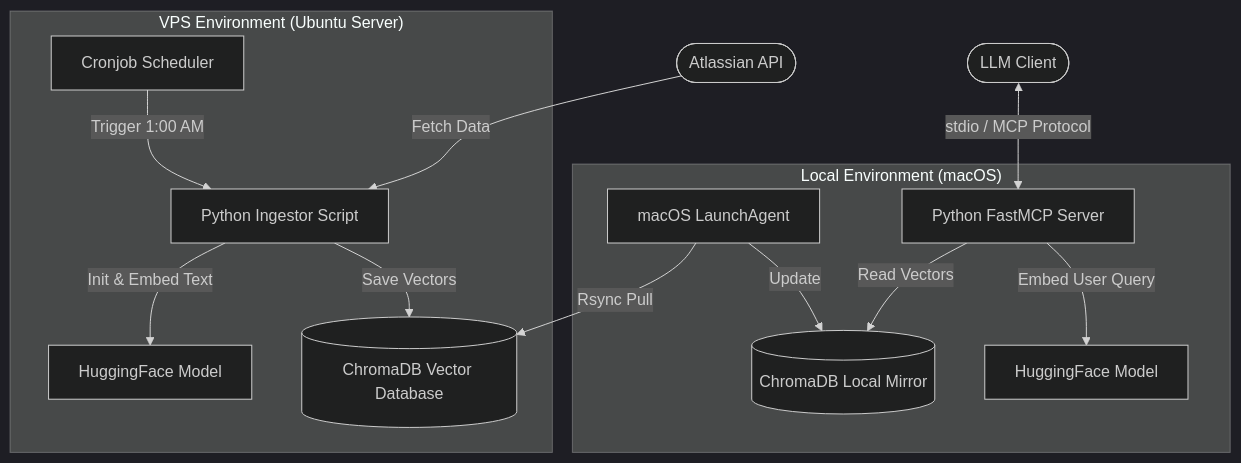
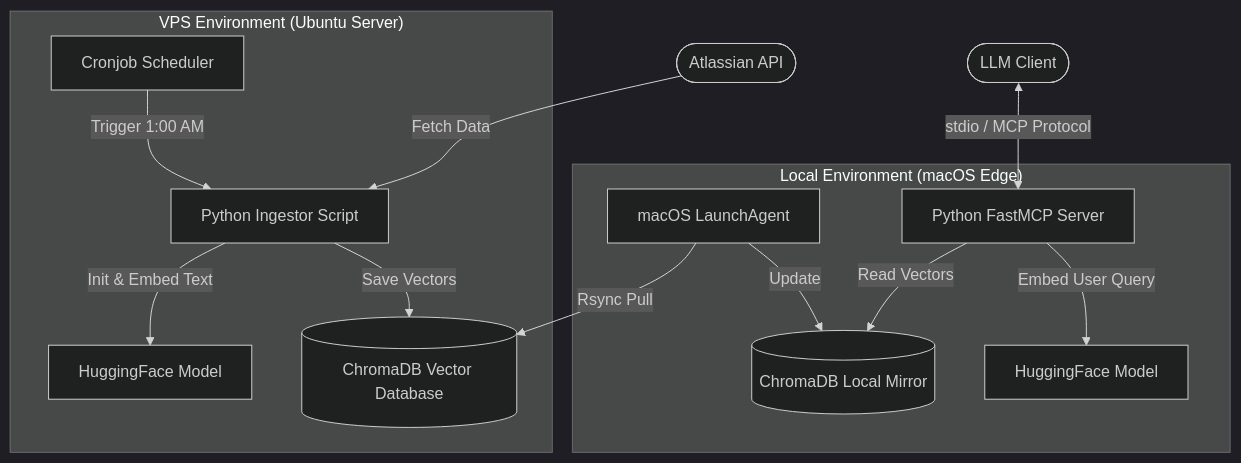
Before and after one commit to cachep-xidau/MCP-server: the second of 4 diagrams in README.md, drawn with Mermaid (dark theme). The commit also changed other lines of this file, not shown here.

````diff
--- a/README.md
+++ b/README.md
@@ -34,28 +37,28 @@
 ```mermaid
 graph TB
     subgraph "VPS Environment (Ubuntu Server)"
         Cron[Cronjob Scheduler]
         Ingestor[Python Ingestor Script]
         HF_Model_VPS[HuggingFace Model]
         DB_VPS[(ChromaDB Vector Database)]
         
         Cron -->|Trigger 1:00 AM| Ingestor
         Ingestor -->|Init & Embed Text| HF_Model_VPS
         Ingestor -->|Save Vectors| DB_VPS
     end
 
-    subgraph "Local Environment (macOS)"
+    subgraph "Local Environment (macOS Edge)"
         SyncAgent[macOS LaunchAgent]
         DB_Local[(ChromaDB Local Mirror)]
         MCP_Server[Python FastMCP Server]
         HF_Model_Local[HuggingFace Model]
         
         SyncAgent -->|Rsync Pull| DB_VPS
         SyncAgent -->|Update| DB_Local
         MCP_Server -->|Read Vectors| DB_Local
         MCP_Server -->|Embed User Query| HF_Model_Local
     end
 
     Atlassian_Ext([Atlassian API]) -->|Fetch Data| Ingestor
     LLM_Client([LLM Client]) <-->|stdio / MCP Protocol| MCP_Server
 ```
````
